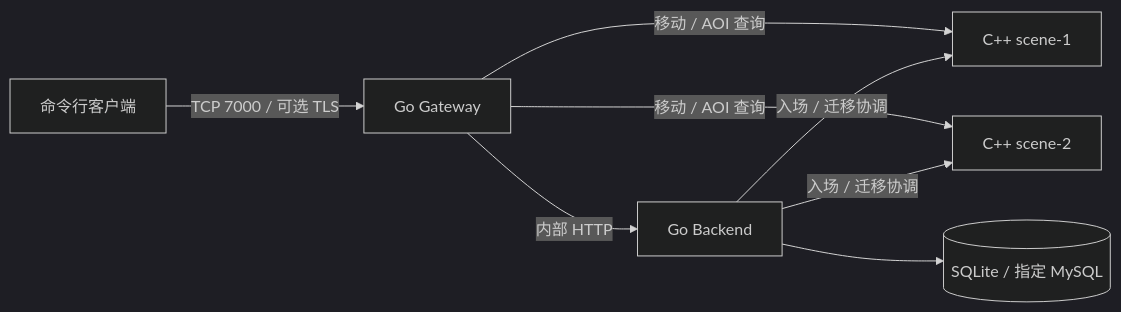
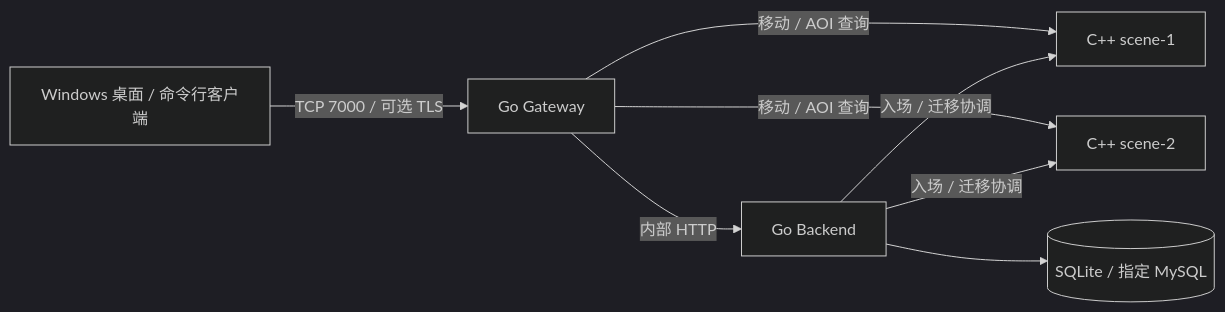
Before and after one commit to dravenlove/mmo-server: the diagram in README.md, drawn with Mermaid (dark theme). The commit also changed other lines of this file and 20 other files, not shown here.

````diff
--- a/README.md
+++ b/README.md
@@ -16,10 +18,10 @@
 ```mermaid
 flowchart LR
-    C[命令行客户端] -->|TCP 7000 / 可选 TLS| G[Go Gateway]
+    C[Windows 桌面 / 命令行客户端] -->|TCP 7000 / 可选 TLS| G[Go Gateway]
     G -->|内部 HTTP| B[Go Backend]
     G -->|移动 / AOI 查询| S1[C++ scene-1]
     G -->|移动 / AOI 查询| S2[C++ scene-2]
     B -->|入场 / 迁移协调| S1
     B -->|入场 / 迁移协调| S2
     B --> D[(SQLite / 指定 MySQL)]
 ```
````
